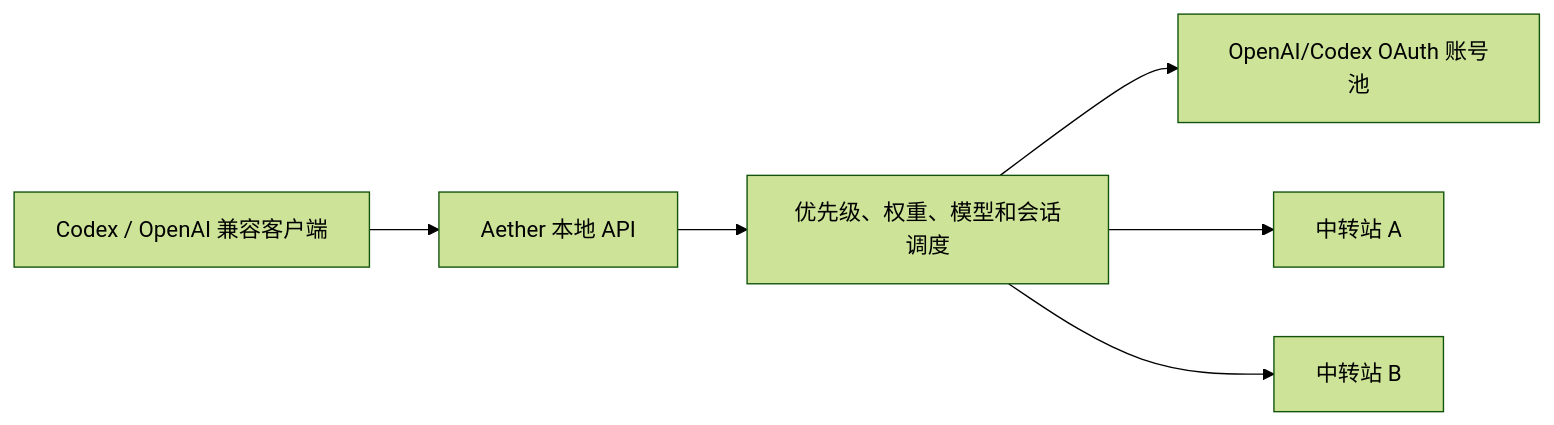
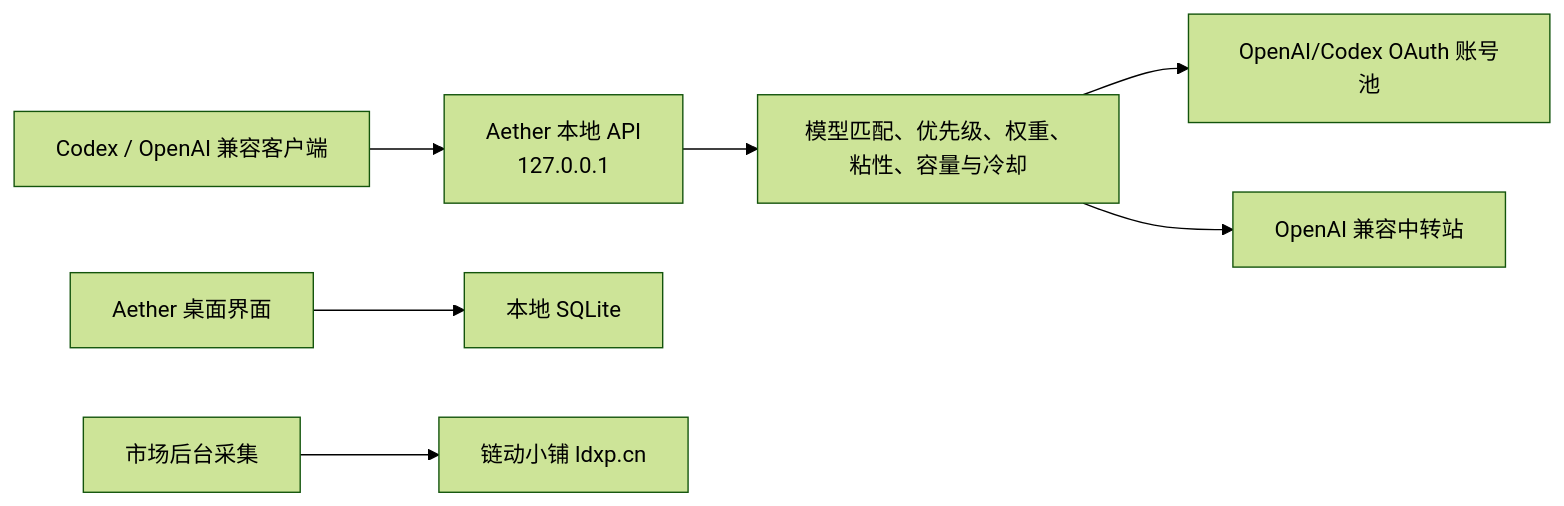
One commit to hotcrush/Aether_api changed the diagram in README.md. Above: the diagram before and after it, drawn with Mermaid (forest theme). The commit also changed other lines of this file and 23 other files, not shown here.

````diff
--- a/README.md
+++ b/README.md
@@ -25,8 +32,9 @@
 ```mermaid
 flowchart LR
-    Client["Codex / OpenAI 兼容客户端"] --> Gateway["Aether 本地 API"]
-    Gateway --> Router["优先级、权重、模型和会话调度"]
+    Client["Codex / OpenAI 兼容客户端"] --> Local["Aether 本地 API\n127.0.0.1"]
+    Local --> Router["模型匹配、优先级、权重、粘性、容量与冷却"]
     Router --> OAuth["OpenAI/Codex OAuth 账号池"]
-    Router --> RelayA["中转站 A"]
-    Router --> RelayB["中转站 B"]
+    Router --> Relay["OpenAI 兼容中转站"]
+    UI["Aether 桌面界面"] --> DB["本地 SQLite"]
+    Market["市场后台采集"] --> LDXP["链动小铺 ldxp.cn"]
 ```
````
